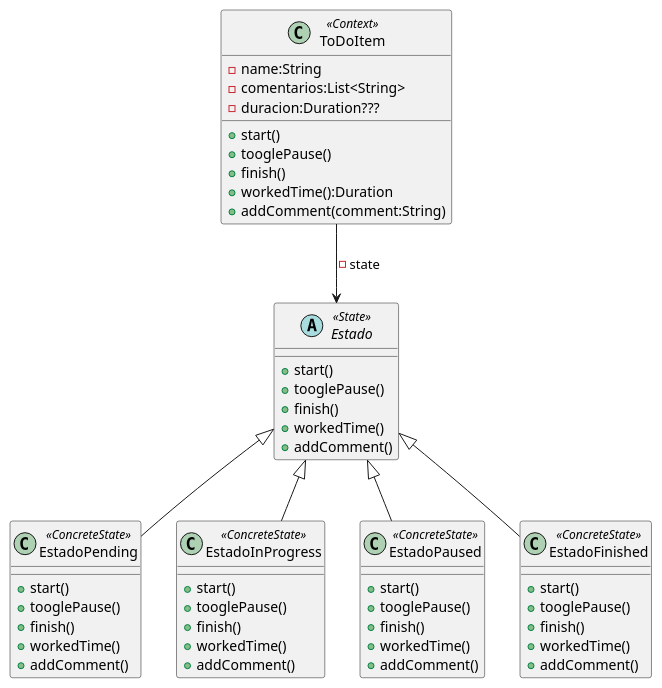
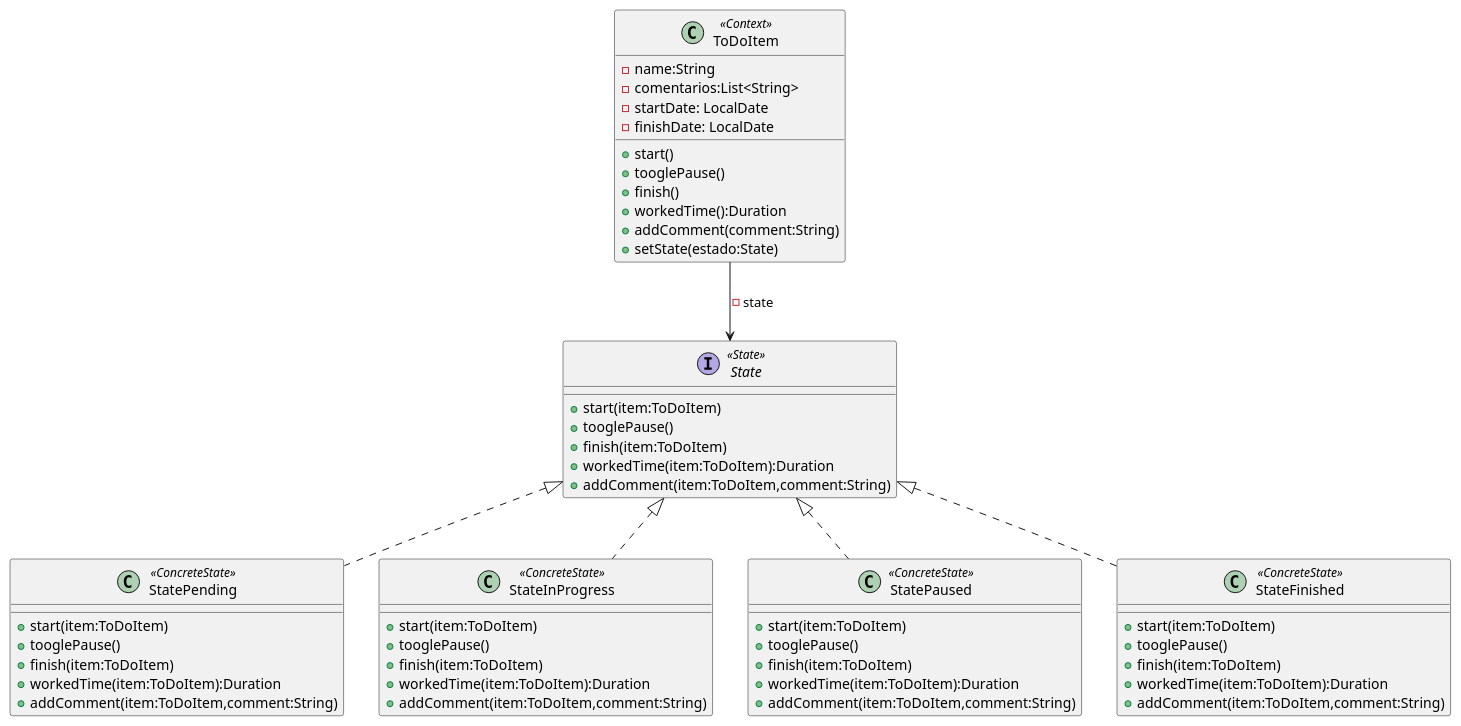
The diagram in Patrones/src/main/java/ejercicio4/ejer4.puml (Francogrch/OO2-2025), drawn with PlantUML before and after one commit. The commit also changed 18 other files, not shown here.

```diff
--- a/Patrones/src/main/java/ejercicio4/ejer4.puml
+++ b/Patrones/src/main/java/ejercicio4/ejer4.puml
@@ -1,52 +1,54 @@
 @startuml
 class ToDoItem << Context >>{
 -name:String
 -comentarios:List<String>
--duracion:Duration???
+-startDate: LocalDate
+-finishDate: LocalDate
 +start()
 +tooglePause()
 +finish()
 +workedTime():Duration
 +addComment(comment:String)
++setState(estado:State)
 }
-ToDoItem --> Estado : -state
-abstract class Estado << State >>{
-+start()
+ToDoItem --> State : -state
+interface State << State >>{
++start(item:ToDoItem)
 +tooglePause()
-+finish()
-+workedTime()
-+addComment()
++finish(item:ToDoItem)
++workedTime(item:ToDoItem):Duration
++addComment(item:ToDoItem,comment:String)
 }
 
-class EstadoPending << ConcreteState >> extends Estado{
-+start()
+class StatePending << ConcreteState >> implements State{
++start(item:ToDoItem)
 +tooglePause()
-+finish()
-+workedTime()
-+addComment()
++finish(item:ToDoItem)
++workedTime(item:ToDoItem):Duration
++addComment(item:ToDoItem,comment:String)
 }
 
-class EstadoInProgress << ConcreteState >> extends Estado{
-+start()
+class StateInProgress << ConcreteState >> implements State{
++start(item:ToDoItem)
 +tooglePause()
-+finish()
-+workedTime()
-+addComment()
++finish(item:ToDoItem)
++workedTime(item:ToDoItem):Duration
++addComment(item:ToDoItem,comment:String)
 }
 
-class EstadoPaused << ConcreteState >> extends Estado {
-+start()
+class StatePaused << ConcreteState >> implements State {
++start(item:ToDoItem)
 +tooglePause()
-+finish()
-+workedTime()
-+addComment()
++finish(item:ToDoItem)
++workedTime(item:ToDoItem):Duration
++addComment(item:ToDoItem,comment:String)
 }
 
-class EstadoFinished << ConcreteState >> extends Estado{
-+start()
+class StateFinished << ConcreteState >> implements State{
++start(item:ToDoItem)
 +tooglePause()
-+finish()
-+workedTime()
-+addComment()
++finish(item:ToDoItem)
++workedTime(item:ToDoItem):Duration
++addComment(item:ToDoItem,comment:String)
 }
 @enduml
```
